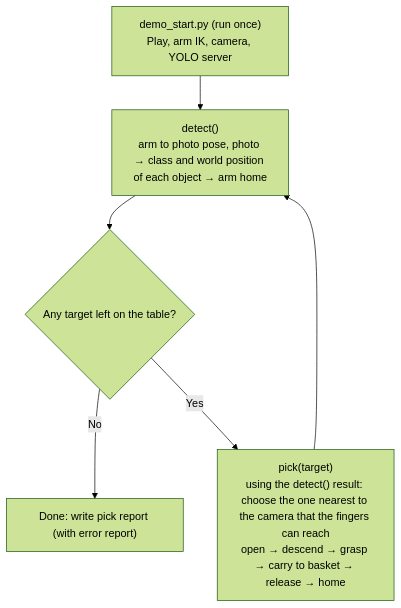
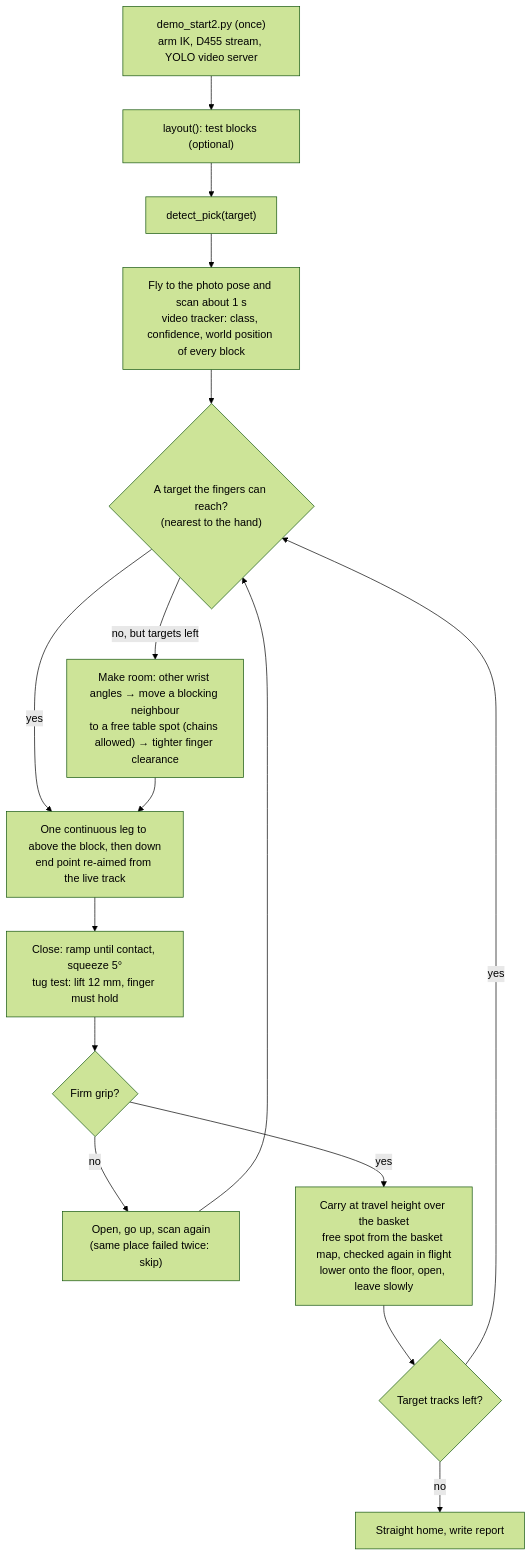
The diagram in README.md (hayashimatsu/arm-detect-and-pick), drawn with Mermaid (forest theme) before and after one commit. The commit also changed other lines of this file and 32 other files, not shown here.

Commit message:
demo_start2: continuous video-mode detect_pick (live depth to world position, free-spot placement in the basket, moving blocking neighbours aside); README rewritten with the demo clips

````diff
--- a/README.md
+++ b/README.md
@@ -134,8 +123,18 @@
 ```mermaid
 flowchart TD
-    S["demo_start.py (run once)<br/>Play, arm IK, camera, YOLO server"] --> D
-    D["detect()<br/>arm to photo pose, photo → class and world position of each object → arm home"] --> Q{"Any target left on the table?"}
-    Q -- No --> R["Done: write pick report (with error report)"]
-    Q -- Yes --> P["pick(target)<br/>using the detect() result: choose the one nearest to the camera that the fingers can reach<br/>open → descend → grasp → carry to basket → release → home"]
-    P --> D
+    S["demo_start2.py (once)<br/>arm IK, D455 stream, YOLO video server"] --> L["layout(): test blocks (optional)"]
+    L --> A["detect_pick(target)"]
+    A --> V["Fly to the photo pose and scan about 1 s<br/>video tracker: class, confidence, world position of every block"]
+    V --> T{"A target the fingers can reach?<br/>(nearest to the hand)"}
+    T -- yes --> F
+    T -- "no, but targets left" --> C["Make room: other wrist angles → move a blocking neighbour<br/>to a free table spot (chains allowed) → tighter finger clearance"]
+    C --> F
+    F["One continuous leg to above the block, then down<br/>end point re-aimed from the live track"] --> G["Close: ramp until contact, squeeze 5°<br/>tug test: lift 12 mm, finger must hold"]
+    G --> K{"Firm grip?"}
+    K -- no --> R["Open, go up, scan again<br/>(same place failed twice: skip)"]
+    R --> T
+    K -- yes --> P["Carry at travel height over the basket<br/>free spot from the basket map, checked again in flight<br/>lower onto the floor, open, leave slowly"]
+    P --> M{"Target tracks left?"}
+    M -- yes --> T
+    M -- no --> H["Straight home, write report"]
 ```
````
